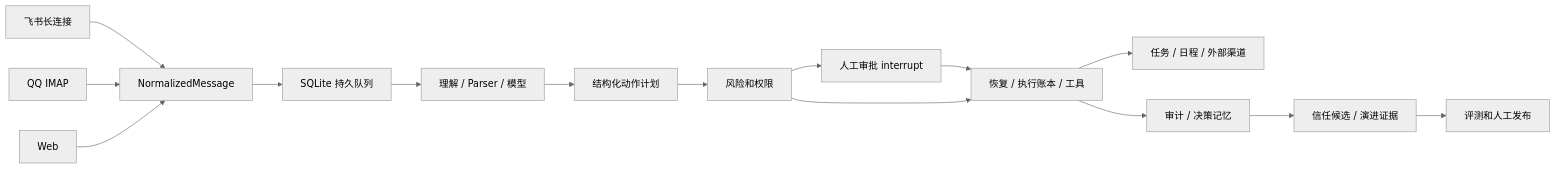
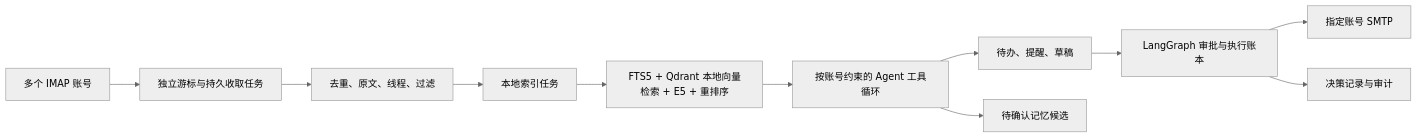
The diagram in docs/ARCHITECTURE.md (TuVon010/ZhiXing), drawn with Mermaid (neutral theme) before and after one commit. The commit also changed other lines of this file and 69 other files, not shown here.

````diff
--- a/docs/ARCHITECTURE.md
+++ b/docs/ARCHITECTURE.md
@@ -5,17 +7,13 @@
 ```mermaid
 flowchart LR
- F[飞书长连接] --> I[NormalizedMessage]
- M[QQ IMAP] --> I
- W[Web] --> I
- I --> Q[SQLite 持久队列]
- Q --> U[理解 / Parser / 模型]
- U --> P[结构化动作计划]
- P --> R[风险和权限]
- R --> A[人工审批 interrupt]
- A --> E[恢复 / 执行账本 / 工具]
- R --> E
- E --> D[任务 / 日程 / 外部渠道]
- E --> L[审计 / 决策记忆]
- L --> T[信任候选 / 演进证据]
- T --> V[评测和人工发布]
+ A[多个 IMAP 账号] --> B[独立游标与持久收取任务]
+ B --> C[去重、原文、线程、过滤]
+ C --> D[本地索引任务]
+ D --> E[FTS5 + Qdrant 本地向量检索 + E5 + 重排序]
+ E --> F[按账号约束的 Agent 工具循环]
+ F --> G[待办、提醒、草稿]
+ G --> H[LangGraph 审批与执行账本]
+ H --> I[指定账号 SMTP]
+ F --> J[待确认记忆候选]
+ H --> K[决策记录与审计]
 ```
````
